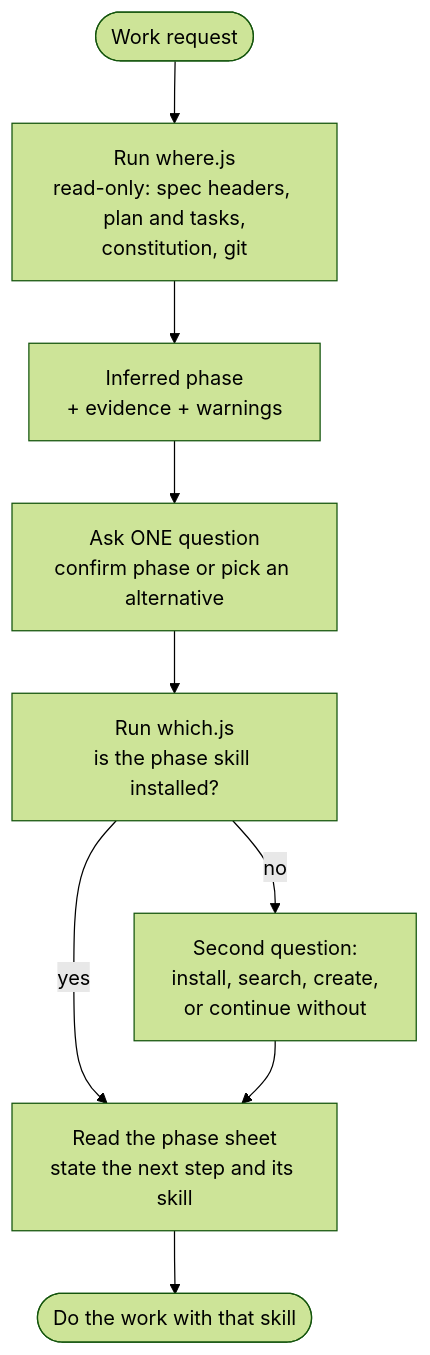
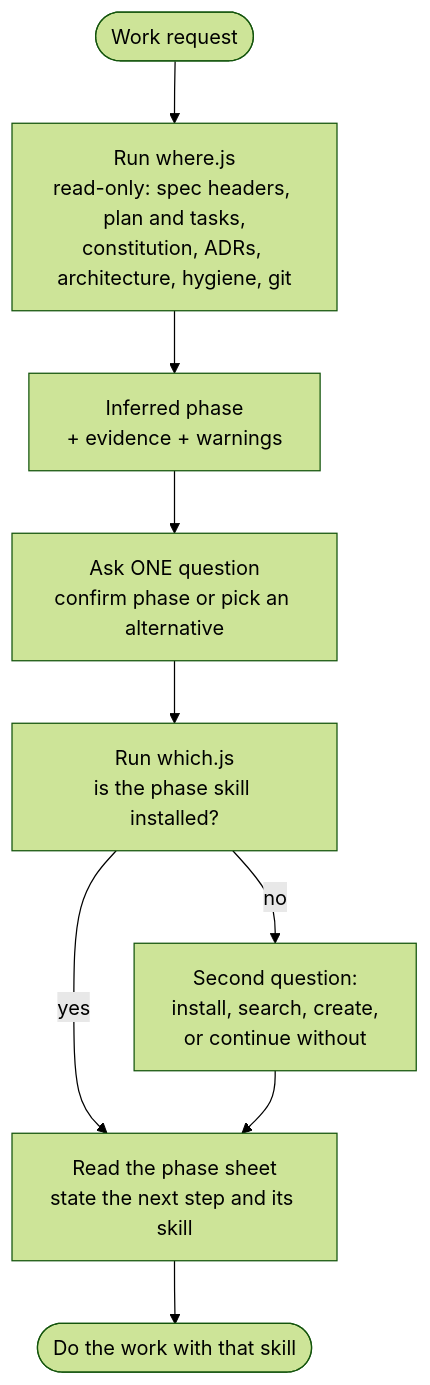
The third of 3 diagrams in docs/sdlc-flow.md (PapiScholz/SDLC-Assist), drawn with Mermaid (forest theme) before and after one commit. The commit also changed other lines of this file and 12 other files, not shown here.

First line of the commit message:
feat: repo hygiene detected and listed in initial and before a first release only (hygiene signal) [minor]

````diff
--- a/docs/sdlc-flow.md
+++ b/docs/sdlc-flow.md
@@ -61,11 +63,11 @@
 ```mermaid
 flowchart TD
-    S([Work request]) --> W["Run where.js<br/>read-only: spec headers, plan and tasks,<br/>constitution, git"]
+    S([Work request]) --> W["Run where.js<br/>read-only: spec headers, plan and tasks,<br/>constitution, ADRs, architecture, hygiene, git"]
     W --> I["Inferred phase<br/>+ evidence + warnings"]
     I --> Q["Ask ONE question<br/>confirm phase or pick an alternative"]
     Q --> K["Run which.js<br/>is the phase skill installed?"]
     K -->|no| M["Second question:<br/>install, search, create,<br/>or continue without"]
     K -->|yes| N
     M --> N["Read the phase sheet<br/>state the next step and its skill"]
     N --> Z([Do the work with that skill])
 ```
````
